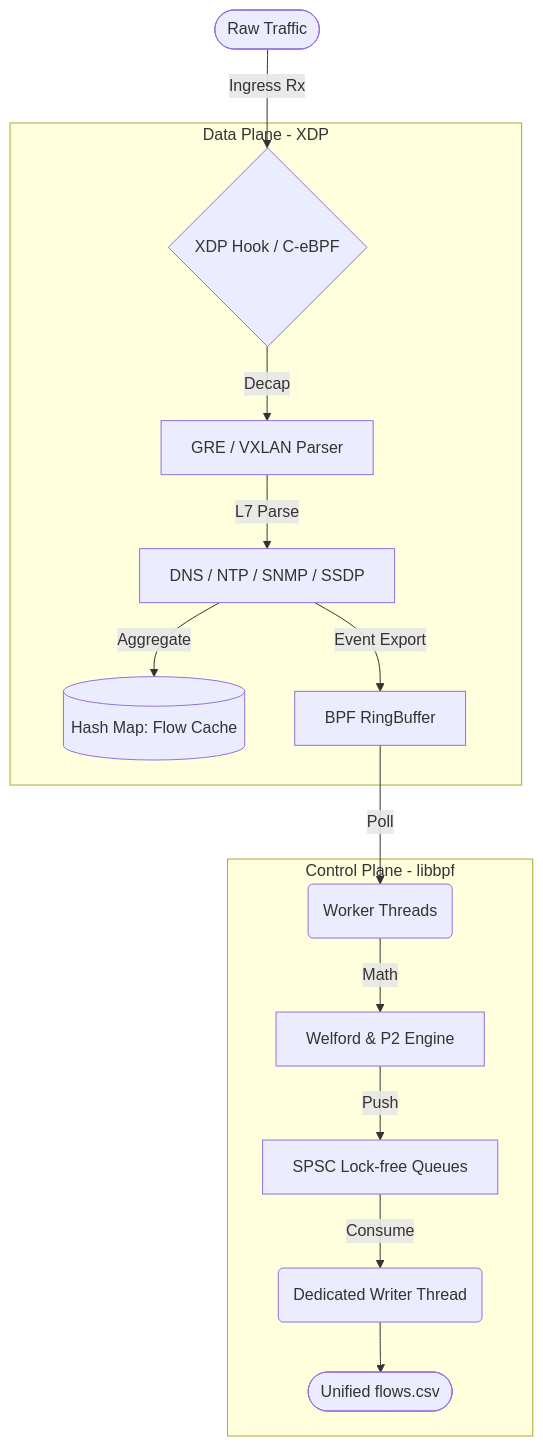
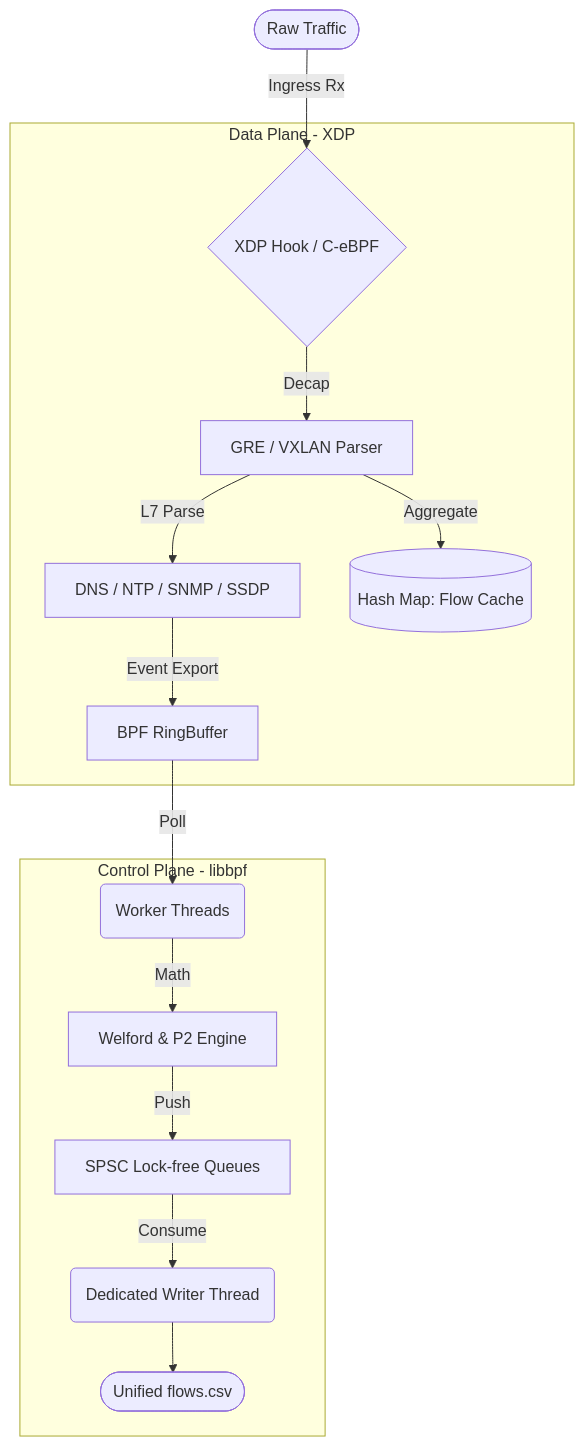
Before and after one commit to leonardoherkenhoff/Lynceus: the diagram in README.md, drawn with Mermaid. The commit also changed other lines of this file, not shown here.

````diff
--- a/README.md
+++ b/README.md
@@ -37,19 +37,19 @@
 ```mermaid
 graph TD
     A([Raw Traffic]) -->|Ingress Rx| XDP{XDP Hook / C-eBPF}
     
     subgraph KERNEL_SPACE [Data Plane - XDP]
     XDP -->|Decap| TUNNEL[GRE / VXLAN Parser]
     TUNNEL -->|L7 Parse| L7[DNS / NTP / SNMP / SSDP]
-    L7 -->|Aggregate| MAP[(Hash Map: Flow Cache)]
+    TUNNEL -->|Aggregate| MAP[(Hash Map: Flow Cache)]
     L7 -->|Event Export| RB[BPF RingBuffer]
     end
     
     subgraph USER_SPACE [Control Plane - libbpf]
     RB -->|Poll| WORKERS(Worker Threads)
     WORKERS -->|Math| STATS[Welford & P2 Engine]
     STATS -->|Push| SPSC[SPSC Lock-free Queues]
     SPSC -->|Consume| WRITER(Dedicated Writer Thread)
     WRITER --> CSV([Unified flows.csv])
     end
 ```
````
